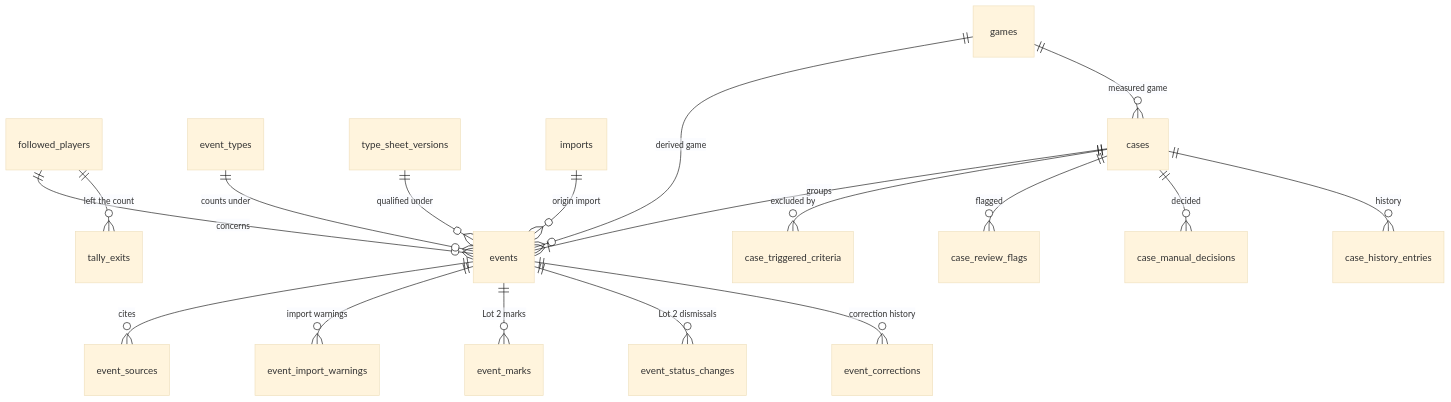
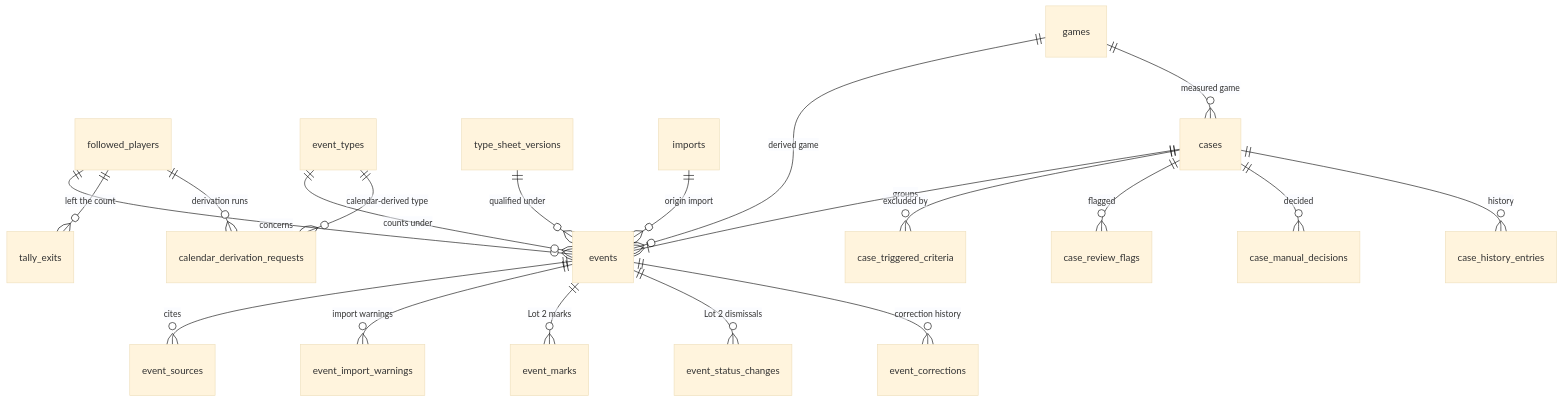
The diagram in docs/engineering/domain-model/events-and-cases.md (youtix/egoscope), drawn with Mermaid (base theme) before and after one commit. The commit also changed other lines of this file and 8 other files, not shown here.

````diff
--- a/docs/engineering/domain-model/events-and-cases.md
+++ b/docs/engineering/domain-model/events-and-cases.md
@@ -600,20 +662,22 @@
 ```mermaid
 erDiagram
   followed_players ||--o{ events : concerns
   event_types ||--o{ events : "counts under"
   type_sheet_versions ||--o{ events : "qualified under"
   events ||--o{ event_sources : cites
   events ||--o{ event_import_warnings : "import warnings"
   events ||--o{ event_marks : "Lot 2 marks"
   events ||--o{ event_status_changes : "Lot 2 dismissals"
   events ||--o{ event_corrections : "correction history"
   imports ||--o{ events : "origin import"
   games ||--o{ events : "derived game"
   cases ||--|{ events : groups
   games ||--o{ cases : "measured game"
   cases ||--o{ case_triggered_criteria : "excluded by"
   cases ||--o{ case_review_flags : "flagged"
   cases ||--o{ case_manual_decisions : "decided"
   cases ||--o{ case_history_entries : history
   followed_players ||--o{ tally_exits : "left the count"
+  followed_players ||--o{ calendar_derivation_requests : "derivation runs"
+  event_types ||--o{ calendar_derivation_requests : "calendar-derived type"
 ```
````
